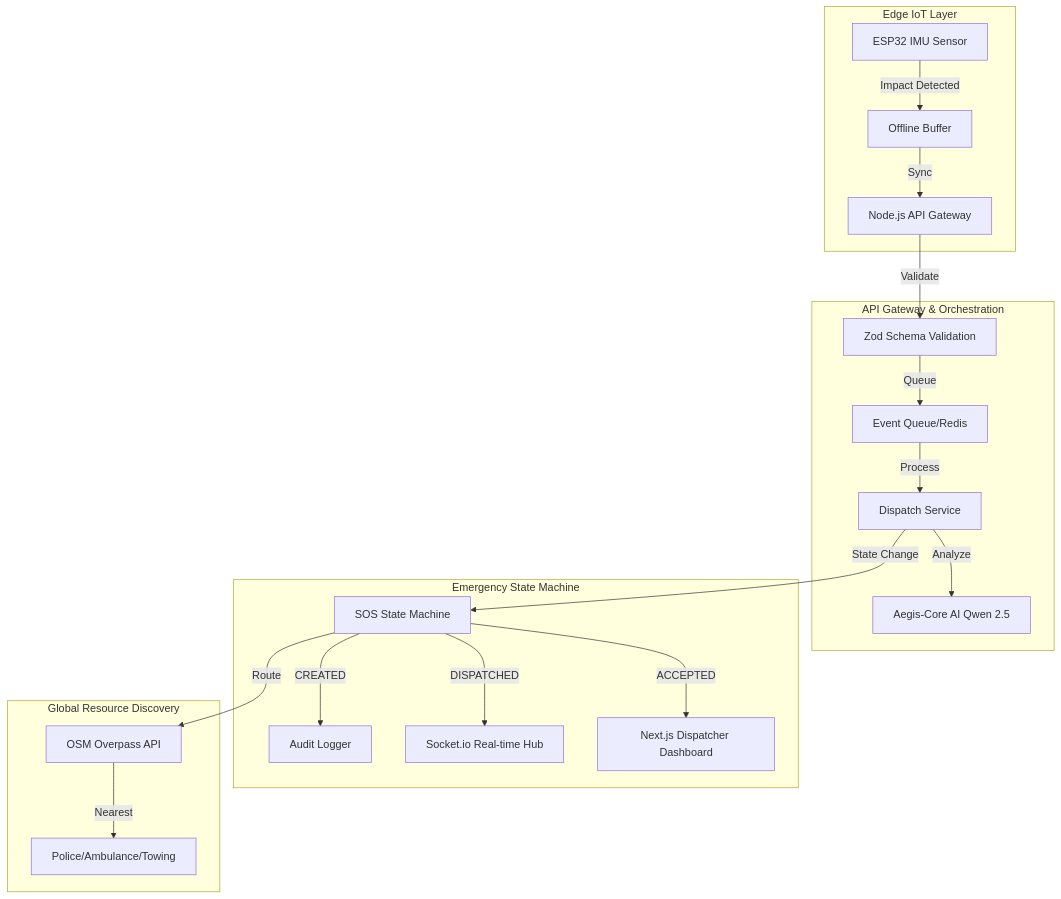
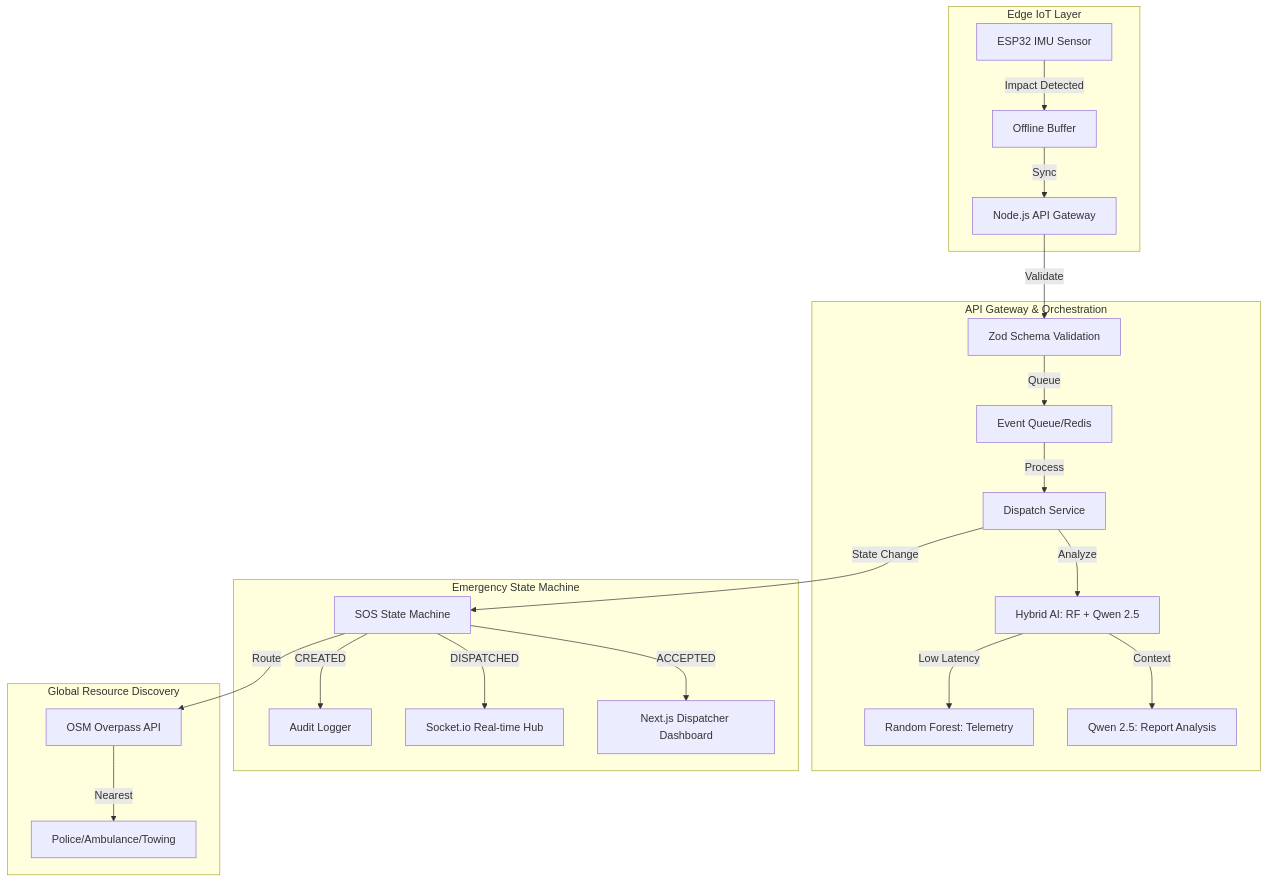
One commit to Praveen-kumar625/RoadSOS changed the diagram in roadsos/docs/architecture-decisions/01-system-blueprint.md. Above: the diagram before and after it, drawn with Mermaid. The commit also changed 13 other files, not shown here.

````diff
--- a/roadsos/docs/architecture-decisions/01-system-blueprint.md
+++ b/roadsos/docs/architecture-decisions/01-system-blueprint.md
@@ -11,26 +11,28 @@
 ```mermaid
 graph TD
     subgraph Edge_Layer [Edge IoT Layer]
         ESP32[ESP32 IMU Sensor] -->|Impact Detected| Buffer[Offline Buffer]
         Buffer -->|Sync| Gateway
     end
 
     subgraph Connectivity_Layer [API Gateway & Orchestration]
         Gateway[Node.js API Gateway] -->|Validate| Zod[Zod Schema Validation]
         Zod -->|Queue| Redis[Event Queue/Redis]
         Redis -->|Process| Dispatcher[Dispatch Service]
-        Dispatcher -->|Analyze| AI[Aegis-Core AI Qwen 2.5]
+        Dispatcher -->|Analyze| AI[Hybrid AI: RF + Qwen 2.5]
+        AI -->|Low Latency| RF[Random Forest: Telemetry]
+        AI -->|Context| LLM[Qwen 2.5: Report Analysis]
     end
 
     subgraph Service_Orchestration [Emergency State Machine]
         Dispatcher -->|State Change| SM[SOS State Machine]
         SM -->|CREATED| Log[Audit Logger]
         SM -->|DISPATCHED| Socket[Socket.io Real-time Hub]
         SM -->|ACCEPTED| Dashboard[Next.js Dispatcher Dashboard]
     end
 
     subgraph Response_Network [Global Resource Discovery]
         SM -->|Route| OSM[OSM Overpass API]
         OSM -->|Nearest| Responders[Police/Ambulance/Towing]
     end
 ```
````
